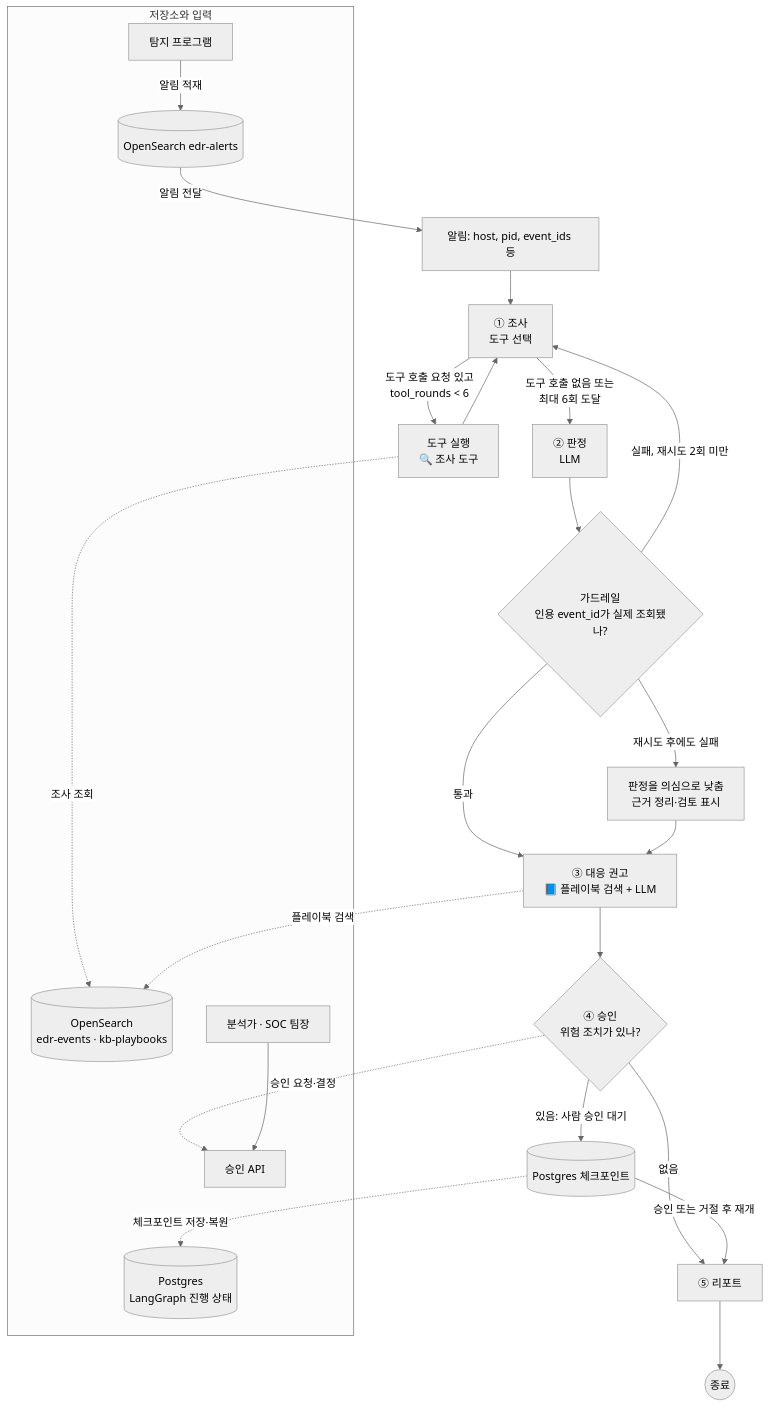
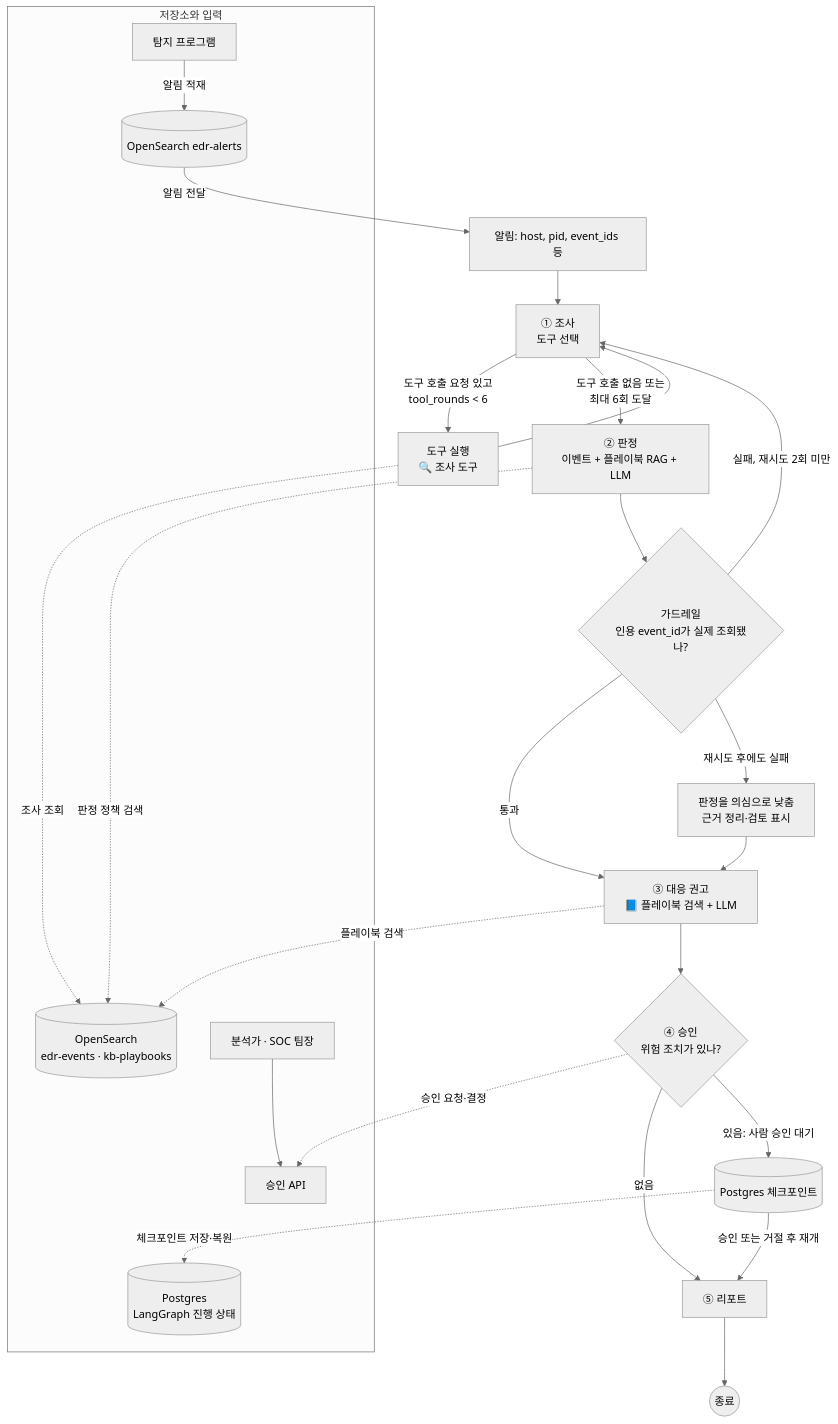
Before and after one commit to erd-ai-team3/edr-ai-triage-team3: the first of 2 diagrams in docs/ARCHITECTURE.md, drawn with Mermaid (neutral theme). The commit also changed other lines of this file and 9 other files, not shown here.

````diff
--- a/docs/ARCHITECTURE.md
+++ b/docs/ARCHITECTURE.md
@@ -7,33 +7,34 @@
 ```mermaid
 flowchart TD
     DET[탐지 프로그램] -->|알림 적재| OSALERT[(OpenSearch edr-alerts)]
     OSALERT -->|알림 전달| A[알림: host, pid, event_ids 등]
     A --> I[① 조사<br/>도구 선택]
     I -->|도구 호출 요청 있고<br/>tool_rounds &lt; 6| T[도구 실행<br/>🔍 조사 도구]
     T --> I
-    I -->|도구 호출 없음 또는<br/>최대 6회 도달| J[② 판정<br/>LLM]
+    I -->|도구 호출 없음 또는<br/>최대 6회 도달| J[② 판정<br/>이벤트 + 플레이북 RAG + LLM]
     J --> G{가드레일<br/>인용 event_id가 실제 조회됐나?}
     G -->|통과| R[③ 대응 권고<br/>📘 플레이북 검색 + LLM]
     G -->|실패, 재시도 2회 미만| I
     G -->|재시도 후에도 실패| D[판정을 의심으로 낮춤<br/>근거 정리·검토 표시]
     D --> R
     R --> H{④ 승인<br/>위험 조치가 있나?}
     H -->|없음| P[⑤ 리포트]
     H -->|있음: 사람 승인 대기| W[(Postgres 체크포인트)]
     W -->|승인 또는 거절 후 재개| P
     P --> E((종료))
 
     subgraph Stores[저장소와 입력]
       OS[(OpenSearch<br/>edr-events · kb-playbooks)]
       OSALERT
       DET
       PG[(Postgres<br/>LangGraph 진행 상태)]
       API[승인 API]
       HUMAN[분석가 · SOC 팀장]
     end
     T -. 조사 조회 .-> OS
+    J -. 판정 정책 검색 .-> OS
     R -. 플레이북 검색 .-> OS
     W -. 체크포인트 저장·복원 .-> PG
     H -. 승인 요청·결정 .-> API
     HUMAN --> API
 ```
````
